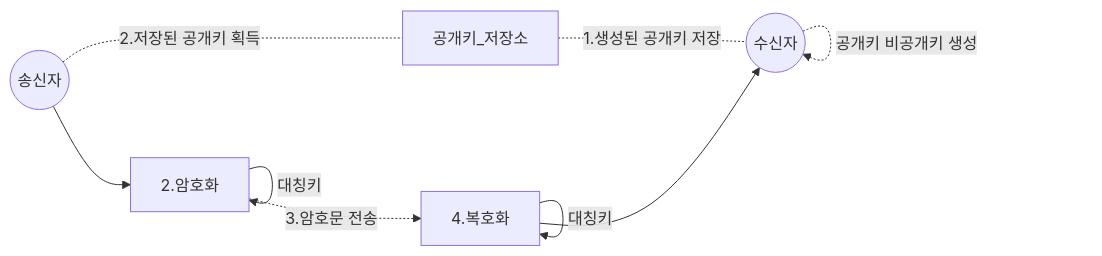
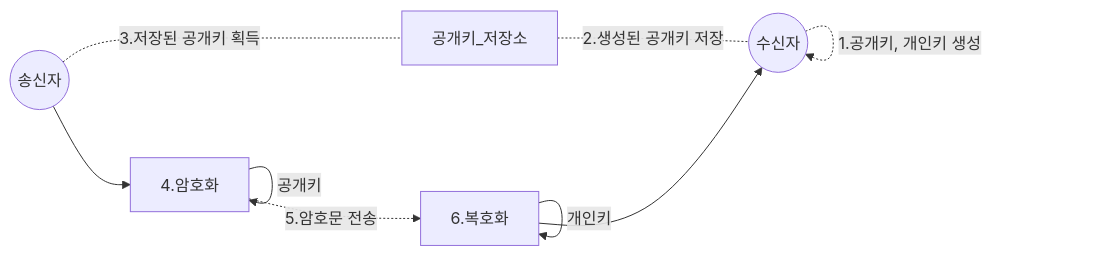
The second of 3 diagrams in _posts/develop/network/2019-02-12-TLS.md (1sonjm/1sonjm.github.io), drawn with Mermaid before and after one commit. The commit also changed other lines of this file, not shown here.

Commit message:
_posts/develop/network/2019-02-12-TLS.md updated from https://stackedit.io/

````diff
--- a/_posts/develop/network/2019-02-12-TLS.md
+++ b/_posts/develop/network/2019-02-12-TLS.md
@@ -34,13 +34,13 @@
 ```mermaid
 graph LR
 	sender((송신자))
 	reciver((수신자))
-	reciver-.->|공개키 비공개키 생성|reciver
-	공개키_저장소-.-|1.생성된 공개키 저장|reciver
-	sender-.-|2.저장된 공개키 획득|공개키_저장소
-	sender-->2.암호화
-	2.암호화-->|대칭키|2.암호화
-	2.암호화-.->|3.암호문 전송|4.복호화
-	4.복호화-->|대칭키|4.복호화
-	4.복호화-->reciver
+	reciver-.->|1.공개키, 개인키 생성|reciver
+	공개키_저장소-.-|2.생성된 공개키 저장|reciver
+	sender-.-|3.저장된 공개키 획득|공개키_저장소
+	sender-->4.암호화
+	4.암호화-->|공개키|4.암호화
+	4.암호화-.->|5.암호문 전송|6.복호화
+	6.복호화-->|개인키|6.복호화
+	6.복호화-->reciver
 ```
````
